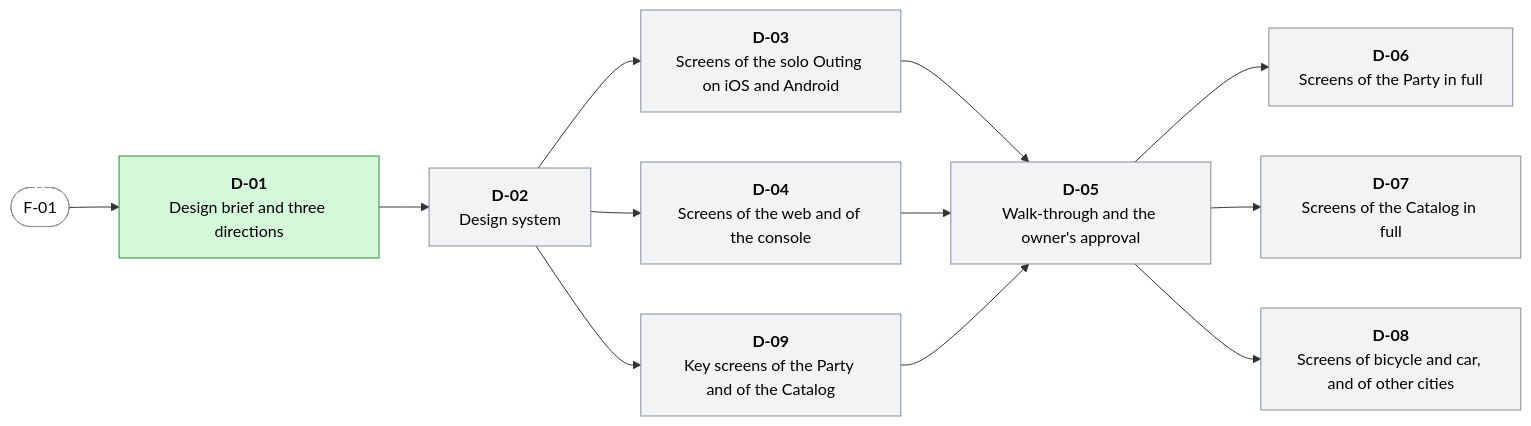
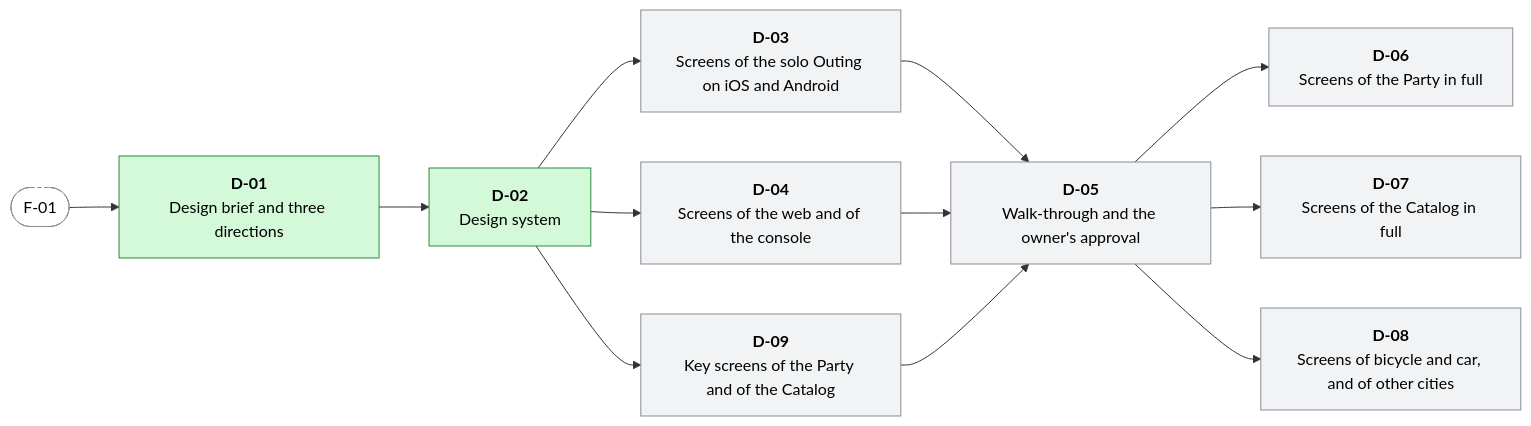
Before and after one commit to menisika/Smart-Tour-Guide-and-Itinerary-Planner: the second of 17 diagrams in docs/WORK-PLAN.md, drawn with Mermaid. The commit also changed other lines of this file and 92 other files, not shown here.

First line of the commit message:
feat(design): add the design system (#3)

````diff
--- a/docs/WORK-PLAN.md
+++ b/docs/WORK-PLAN.md
@@ -272,29 +272,29 @@
 ```mermaid
 flowchart LR
   classDef done fill:#d3f9d8,stroke:#2b8a3e,color:#000
   classDef progress fill:#fff3bf,stroke:#e67700,color:#000
   classDef blocked fill:#ffe3e3,stroke:#c92a2a,color:#000
   classDef todo fill:#f1f3f5,stroke:#868e96,color:#000
   classDef outside fill:#ffffff,stroke:#868e96,stroke-dasharray:4 3,color:#000
   D_01["<b>D-01</b><br/>Design brief and three directions"]:::done
-  D_02["<b>D-02</b><br/>Design system"]:::todo
+  D_02["<b>D-02</b><br/>Design system"]:::done
   D_03["<b>D-03</b><br/>Screens of the solo Outing on iOS and Android"]:::todo
   D_04["<b>D-04</b><br/>Screens of the web and of the console"]:::todo
   D_09["<b>D-09</b><br/>Key screens of the Party and of the Catalog"]:::todo
   D_05["<b>D-05</b><br/>Walk-through and the owner's approval"]:::todo
   D_06["<b>D-06</b><br/>Screens of the Party in full"]:::todo
   D_07["<b>D-07</b><br/>Screens of the Catalog in full"]:::todo
   D_08["<b>D-08</b><br/>Screens of bicycle and car, and of other cities"]:::todo
   F_01(["F-01"]):::outside
   F_01 --> D_01
   D_01 --> D_02
   D_02 --> D_03
   D_02 --> D_04
   D_02 --> D_09
   D_03 --> D_05
   D_04 --> D_05
   D_09 --> D_05
   D_05 --> D_06
   D_05 --> D_07
   D_05 --> D_08
 ```
````
